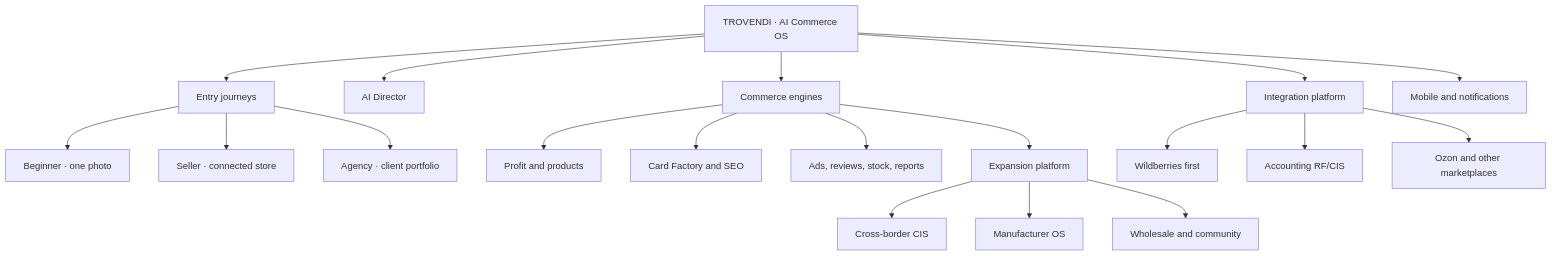
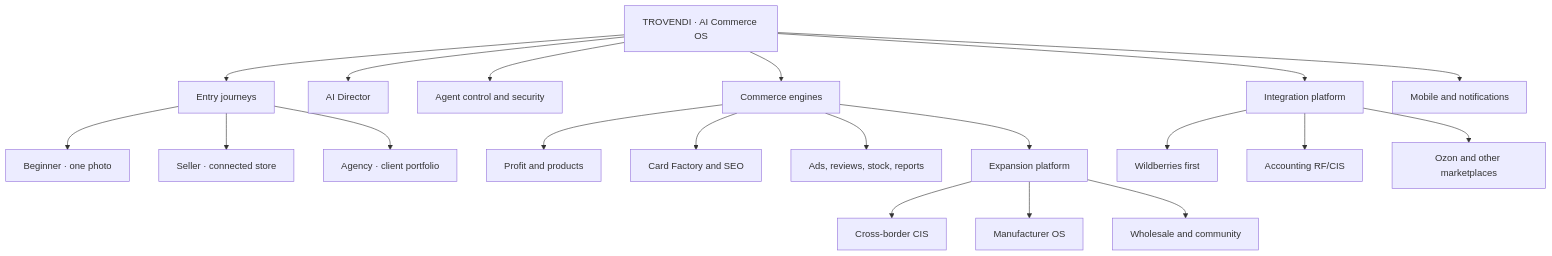
Before and after one commit to soldabania-art/Marketplace-AI-Studio-PRO: the first of 2 diagrams in web/PRODUCT_TREE.md, drawn with Mermaid. The commit also changed other lines of this file and 17 other files, not shown here.

Commit message:
Build secure TROVENDI agent control plane

````diff
--- a/web/PRODUCT_TREE.md
+++ b/web/PRODUCT_TREE.md
@@ -5,21 +5,22 @@
 ```mermaid
 flowchart TD
     T["TROVENDI · AI Commerce OS"] --> E["Entry journeys"]
     T --> D["AI Director"]
+    T --> G["Agent control and security"]
     T --> C["Commerce engines"]
     T --> I["Integration platform"]
     T --> M["Mobile and notifications"]
     E --> B["Beginner · one photo"]
     E --> S["Seller · connected store"]
     E --> A["Agency · client portfolio"]
     C --> P["Profit and products"]
     C --> F["Card Factory and SEO"]
     C --> O["Ads, reviews, stock, reports"]
     C --> X["Expansion platform"]
     I --> WB["Wildberries first"]
     I --> AC["Accounting RF/CIS"]
     I --> OZ["Ozon and other marketplaces"]
     X --> CB["Cross-border CIS"]
     X --> MF["Manufacturer OS"]
     X --> NW["Wholesale and community"]
 ```
````
